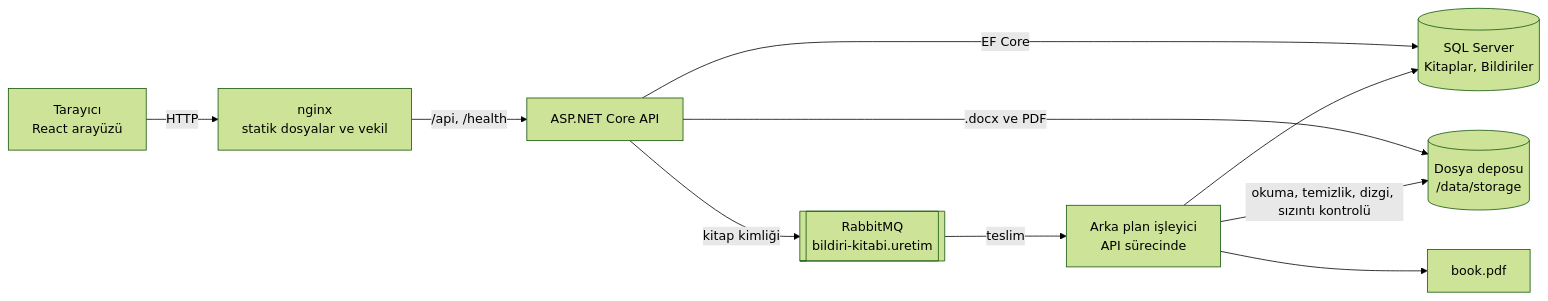
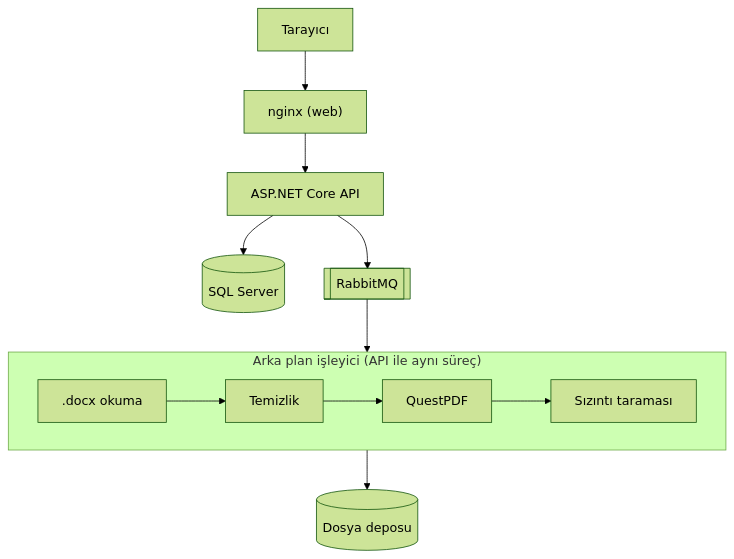
One commit to suleymank12/bildiri-kitabi changed the first of 2 diagrams in README.md. Above: the diagram before and after it, drawn with Mermaid (forest theme). The commit also changed other lines of this file, not shown here.

````diff
--- a/README.md
+++ b/README.md
@@ -192,12 +91,15 @@
 ```mermaid
-flowchart LR
-    B[Tarayıcı<br/>React arayüzü] -->|HTTP| N[nginx<br/>statik dosyalar ve vekil]
-    N -->|/api, /health| A[ASP.NET Core API]
-    A -->|EF Core| DB[(SQL Server<br/>Kitaplar, Bildiriler)]
-    A -->|.docx ve PDF| FS[(Dosya deposu<br/>/data/storage)]
-    A -->|kitap kimliği| Q[[RabbitMQ<br/>bildiri-kitabi.uretim]]
-    Q -->|teslim| W[Arka plan işleyici<br/>API sürecinde]
-    W --> DB
-    W -->|okuma, temizlik, dizgi, sızıntı kontrolü| FS
-    W --> P[book.pdf]
+flowchart TB
+    T["Tarayıcı"] --> N["nginx (web)"]
+    N --> A["ASP.NET Core API"]
+    A --> DB[("SQL Server")]
+    A --> Q[["RabbitMQ"]]
+    Q --> W
+    subgraph W["Arka plan işleyici (API ile aynı süreç)"]
+        direction LR
+        R[".docx okuma"] --> C["Temizlik"]
+        C --> P["QuestPDF"]
+        P --> L["Sızıntı taraması"]
+    end
+    W --> FS[("Dosya deposu")]
 ```
````
